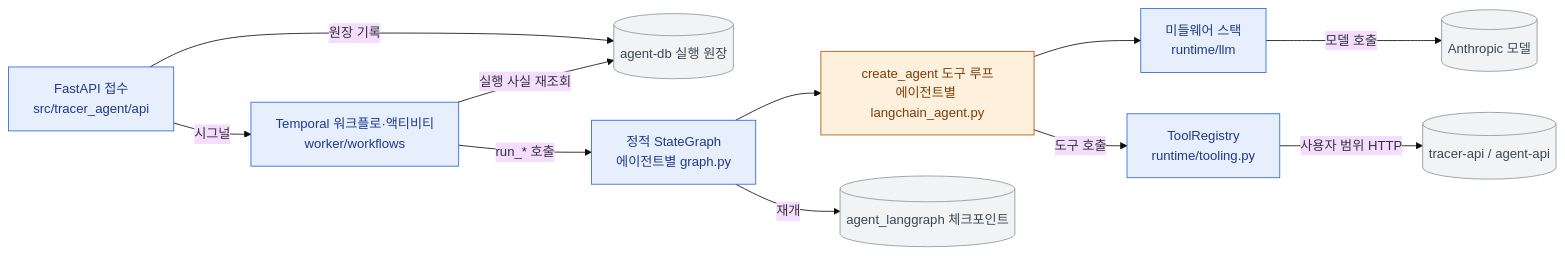
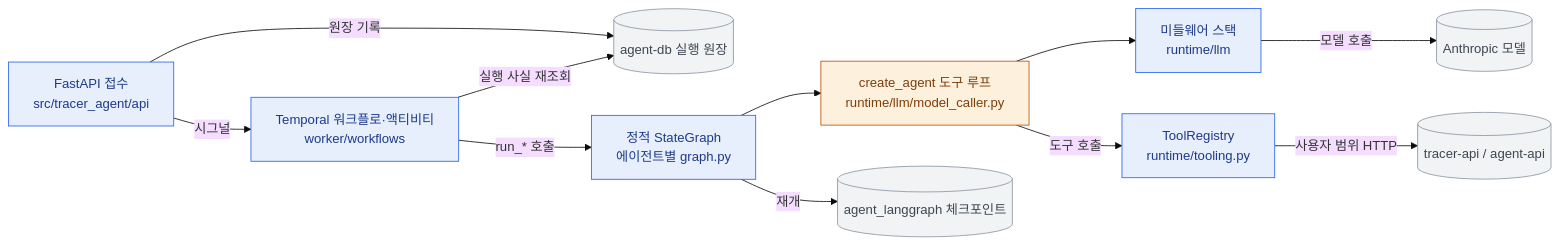
One commit to agent-tracer/tracer-agent-python changed the first of 13 diagrams in ARCHITECTURE.md. Above: the diagram before and after it, drawn with Mermaid (base theme). The commit also changed other lines of this file and 5 other files, not shown here.

````diff
--- a/ARCHITECTURE.md
+++ b/ARCHITECTURE.md
@@ -29,25 +29,25 @@
 ```mermaid
 flowchart LR
     classDef llm fill:#FDF0DC,stroke:#B45309,color:#7C3E0A
     classDef code fill:#E7EEFC,stroke:#2563EB,color:#1E3A8A
     classDef ext fill:#F1F3F5,stroke:#8B95A1,color:#3D4653
 
     API["FastAPI 접수<br/>src/tracer_agent/api"]:::code
     LEDGER[("agent-db 실행 원장")]:::ext
     TW["Temporal 워크플로·액티비티<br/>worker/workflows"]:::code
     OG["정적 StateGraph<br/>에이전트별 graph.py"]:::code
-    IA["create_agent 도구 루프<br/>에이전트별 langchain_agent.py"]:::llm
+    IA["create_agent 도구 루프<br/>runtime/llm/model_caller.py"]:::llm
     MW["미들웨어 스택<br/>runtime/llm"]:::code
     TOOLS["ToolRegistry<br/>runtime/tooling.py"]:::code
     MODEL[("Anthropic 모델")]:::ext
     EXT[("tracer-api / agent-api")]:::ext
     CKPT[("agent_langgraph 체크포인트")]:::ext
 
     API -- "원장 기록" --> LEDGER
     API -- "시그널" --> TW
     TW -- "실행 사실 재조회" --> LEDGER
     TW -- "run_* 호출" --> OG
     OG --> IA --> MW -- "모델 호출" --> MODEL
     IA -- "도구 호출" --> TOOLS -- "사용자 범위 HTTP" --> EXT
     OG -- "재개" --> CKPT
 ```
````
